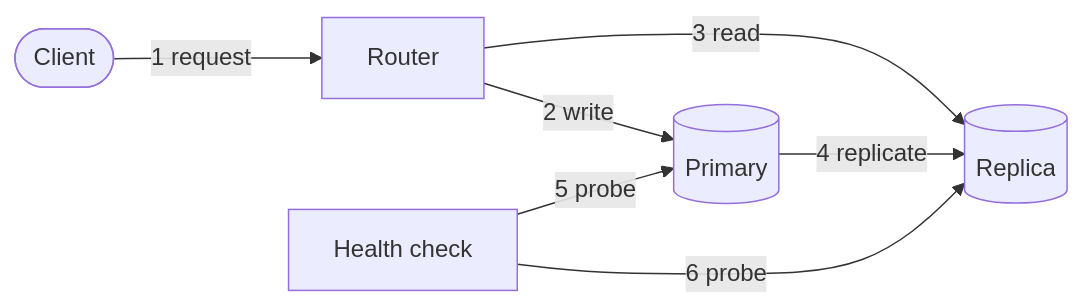
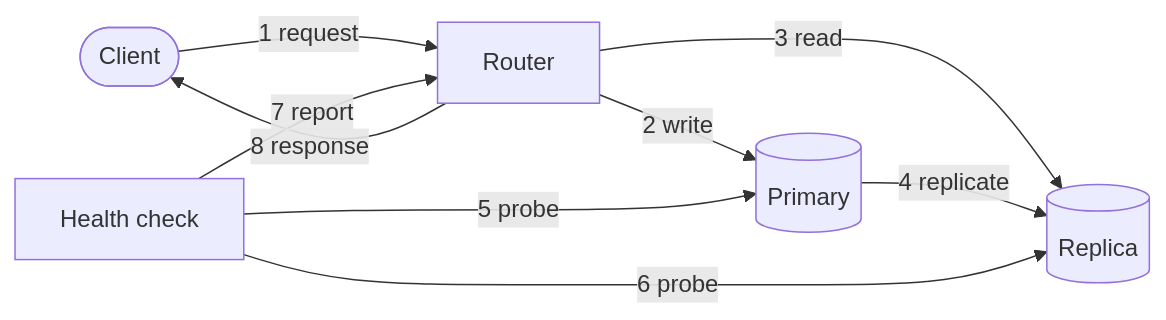
The diagram in skills/learn-with-me/references/patterns/failover.md (aditya11201/pstack), drawn with Mermaid before and after one commit. The commit also changed other lines of this file and 19 other files, not shown here.

````diff
--- a/skills/learn-with-me/references/patterns/failover.md
+++ b/skills/learn-with-me/references/patterns/failover.md
@@ -17,9 +25,11 @@
 ```mermaid
 flowchart LR
   client([Client]) -->|1 request| lb[Router]
   lb -->|2 write| primary[(Primary)]
   lb -->|3 read| replica[(Replica)]
   primary -->|4 replicate| replica
   probe[Health check] -->|5 probe| primary
   probe -->|6 probe| replica
+  probe -->|7 report| lb
+  lb -->|8 response| client
 ```
````
